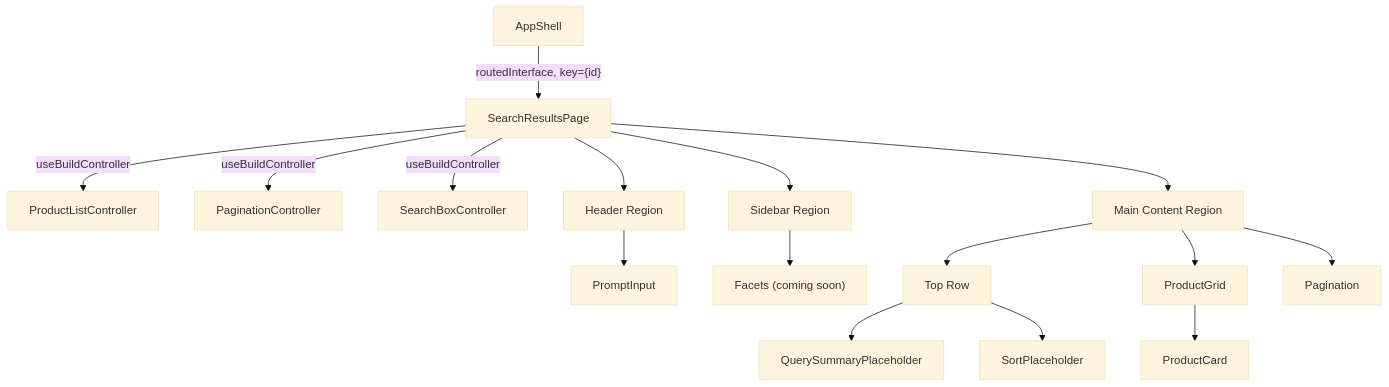
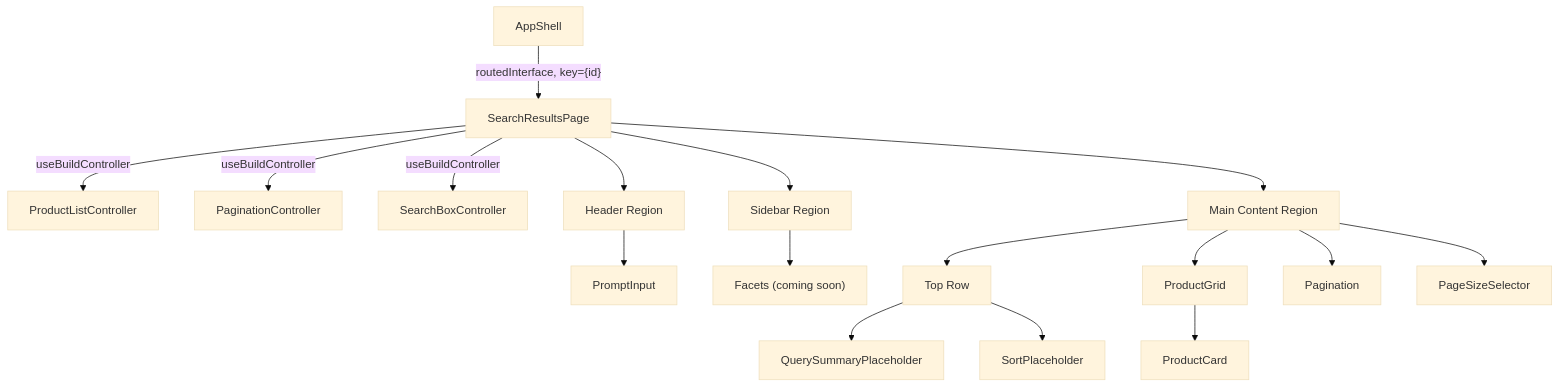
One commit to coveo/ui-kit changed the diagram in .kiro/specs/search-results-page/design.md. Above: the diagram before and after it, drawn with Mermaid (base theme). The commit also changed other lines of this file and 1 other file, not shown here.

Commit message:
Adjust spec fo page size selector

````diff
--- a/.kiro/specs/search-results-page/design.md
+++ b/.kiro/specs/search-results-page/design.md
@@ -15,18 +15,19 @@
 ```mermaid
 graph TD
     AppShell -->|"routedInterface, key={id}"| SearchResultsPage
     SearchResultsPage -->|useBuildController| ProductListController
     SearchResultsPage -->|useBuildController| PaginationController
     SearchResultsPage -->|useBuildController| SearchBoxController
     SearchResultsPage --> Header[Header Region]
     SearchResultsPage --> Sidebar[Sidebar Region]
     SearchResultsPage --> MainContent[Main Content Region]
     Header --> PromptInput
     Sidebar --> FacetPlaceholder["Facets (coming soon)"]
     MainContent --> TopRow[Top Row]
     MainContent --> ProductGrid
     MainContent --> Pagination
+    MainContent --> PageSizeSelector
     TopRow --> QuerySummaryPlaceholder
     TopRow --> SortPlaceholder
     ProductGrid --> ProductCard
 ```
````
